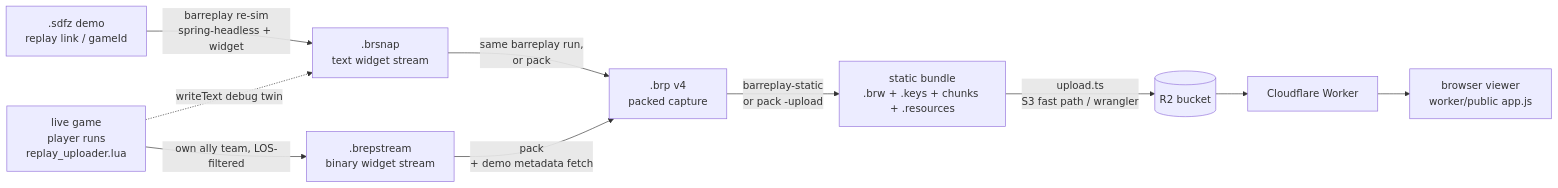
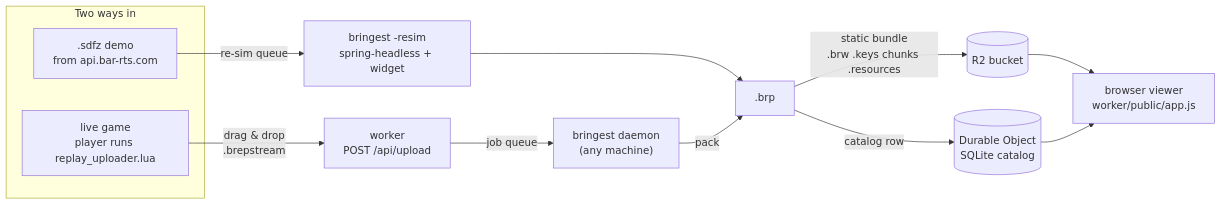
Before and after one commit to mabn/barreplay: the diagram in README.md, drawn with Mermaid. The commit also changed other lines of this file, not shown here.

First line of the commit message:
README: rewrite for the public repo

````diff
--- a/README.md
+++ b/README.md
@@ -35,21 +25,18 @@
 ```mermaid
 flowchart LR
-    sdfz[".sdfz demo<br/>replay link / gameId"]
-    live["live game<br/>player runs<br/>replay_uploader.lua"]
-    brsnap[".brsnap<br/>text widget stream"]
-    breps[".brepstream<br/>binary widget stream"]
-    brp[".brp v4<br/>packed capture"]
-    bundle["static bundle<br/>.brw + .keys + chunks + .resources"]
-    r2[("R2 bucket")]
-    worker["Cloudflare Worker"]
-    viewer["browser viewer<br/>worker/public app.js"]
+    subgraph sources [Two ways in]
+        live["live game<br/>player runs replay_uploader.lua"]
+        sdfz[".sdfz demo<br/>from api.bar-rts.com"]
+    end
 
-    sdfz -->|"barreplay re-sim<br/>spring-headless + widget"| brsnap
-    live -->|"own ally team, LOS-filtered"| breps
-    live -.->|"writeText debug twin"| brsnap
-    brsnap -->|"same barreplay run,<br/>or pack"| brp
-    breps -->|"pack<br/>+ demo metadata fetch"| brp
-    brp -->|"barreplay-static<br/>or pack -upload"| bundle
-    bundle -->|"upload.ts<br/>S3 fast path / wrangler"| r2
-    r2 --> worker --> viewer
+    live -->|"drag & drop<br/>.brepstream"| upload["worker<br/>POST /api/upload"]
+    upload -->|"job queue"| bringest["bringest daemon<br/>(any machine)"]
+    sdfz -->|"re-sim queue"| resim["bringest -resim<br/>spring-headless + widget"]
+    resim --> brp
+    bringest -->|"pack"| brp[".brp"]
+
+    brp -->|"static bundle<br/>.brw .keys chunks .resources"| r2[("R2 bucket")]
+    brp -->|"catalog row"| do[("Durable Object<br/>SQLite catalog")]
+    r2 --> viewer["browser viewer<br/>worker/public/app.js"]
+    do --> viewer
 ```
````
